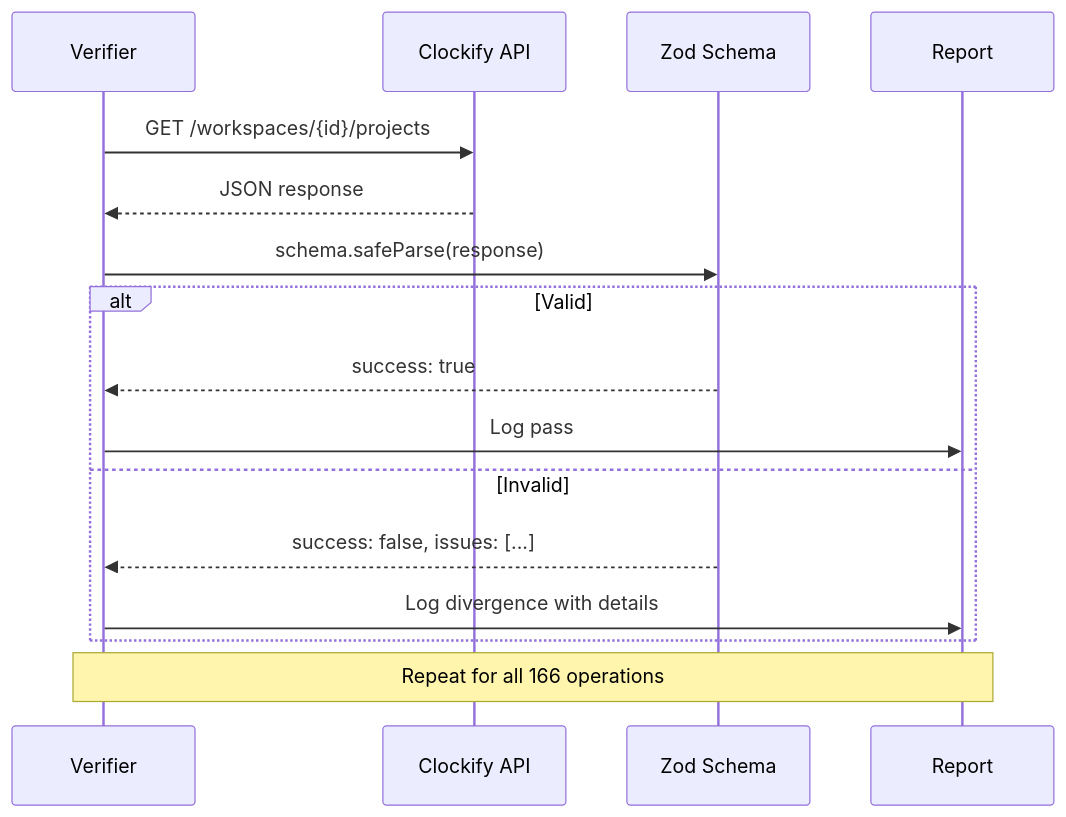
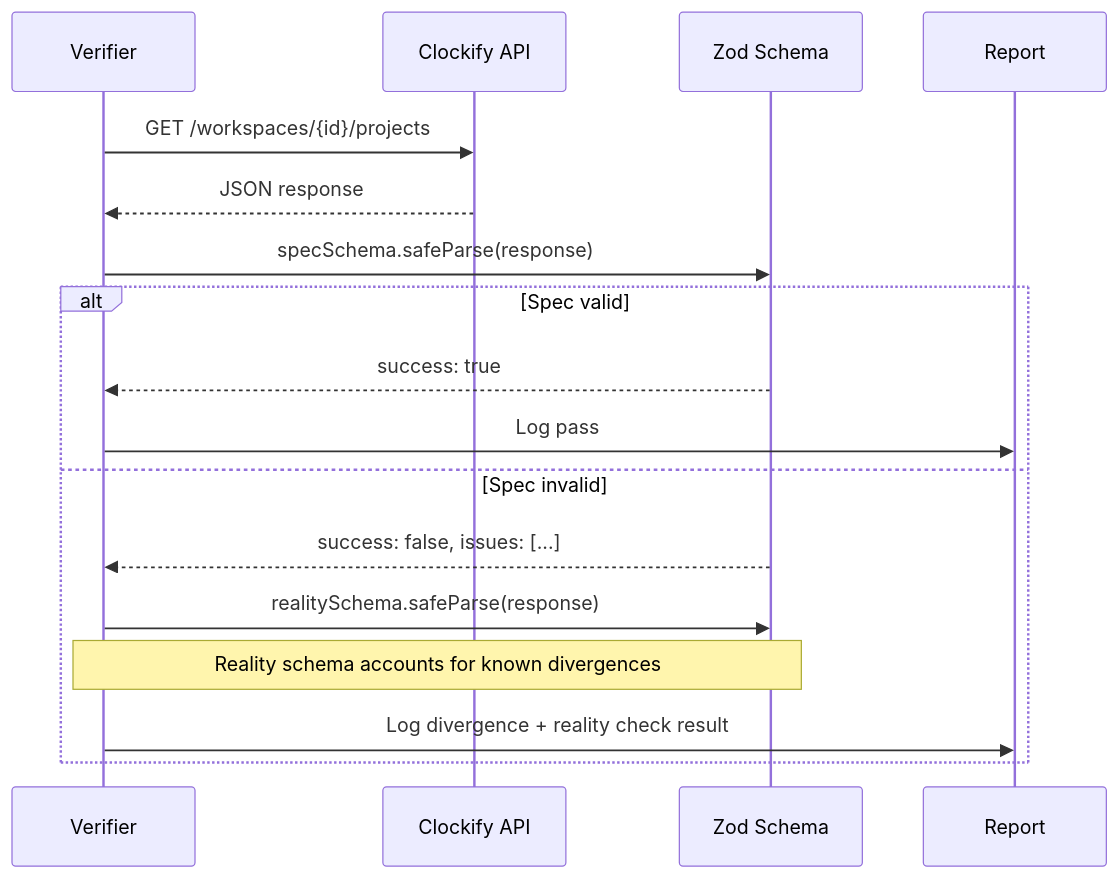
Before and after one commit to jamesrisberg/clockifixed: the diagram in clockifix-docs/pages/sdk/verification.mdx, drawn with Mermaid. The commit also changed other lines of this file and 4 other files, not shown here.

````diff
--- a/clockifix-docs/pages/sdk/verification.mdx
+++ b/clockifix-docs/pages/sdk/verification.mdx
@@ -13,21 +23,21 @@
 ```mermaid
 sequenceDiagram
     participant V as Verifier
     participant C as Clockify API
     participant Z as Zod Schema
     participant R as Report
 
     V->>C: GET /workspaces/{id}/projects
     C-->>V: JSON response
-    V->>Z: schema.safeParse(response)
+    V->>Z: specSchema.safeParse(response)
 
-    alt Valid
+    alt Spec valid
         Z-->>V: success: true
         V->>R: Log pass
-    else Invalid
+    else Spec invalid
         Z-->>V: success: false, issues: [...]
-        V->>R: Log divergence with details
+        V->>Z: realitySchema.safeParse(response)
+        Note over V,Z: Reality schema accounts for known divergences
+        V->>R: Log divergence + reality check result
     end
-
-    Note over V,R: Repeat for all 166 operations
 ```
````
